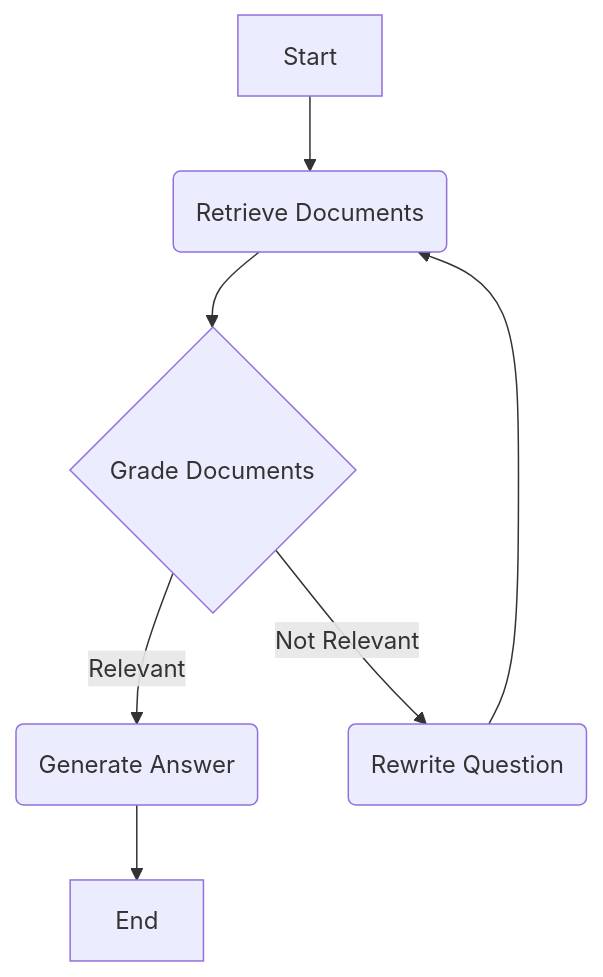
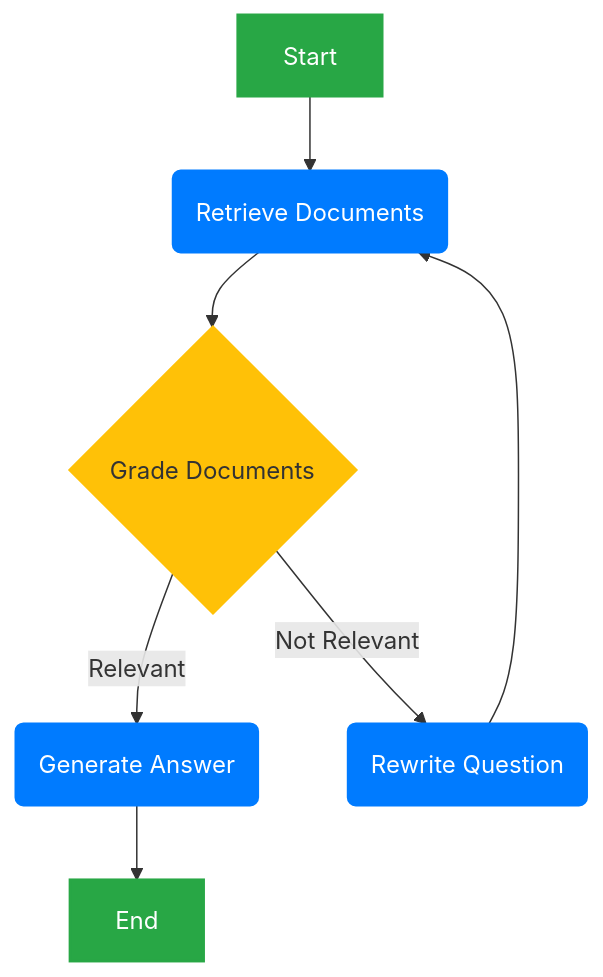
The second of 2 diagrams in doc-talk/memory_bank/architecture.md (hemant99911/doc-talk), drawn with Mermaid before and after one commit. The commit also changed other lines of this file and 2 other files, not shown here.

Commit message:
docs: Remove blog draft from git and add color to diagrams

````diff
--- a/doc-talk/memory_bank/architecture.md
+++ b/doc-talk/memory_bank/architecture.md
@@ -51,9 +57,14 @@
 ```mermaid
 graph TD
-    A[Start] --> B(Retrieve Documents);
-    B --> C{Grade Documents};
-    C -- Relevant --> D(Generate Answer);
-    C -- Not Relevant --> E(Rewrite Question);
+    %% Define styles
+    classDef startEnd fill:#28a745,color:#fff,stroke:#28a745,stroke-width:2px;
+    classDef process fill:#007bff,color:#fff,stroke:#007bff,stroke-width:2px;
+    classDef decision fill:#ffc107,color:#333,stroke:#ffc107,stroke-width:2px;
+
+    A[Start]:::startEnd --> B(Retrieve Documents):::process;
+    B --> C{Grade Documents}:::decision;
+    C -- Relevant --> D(Generate Answer):::process;
+    C -- Not Relevant --> E(Rewrite Question):::process;
     E --> B;
-    D --> F[End];
+    D --> F[End]:::startEnd;
 ```
````
